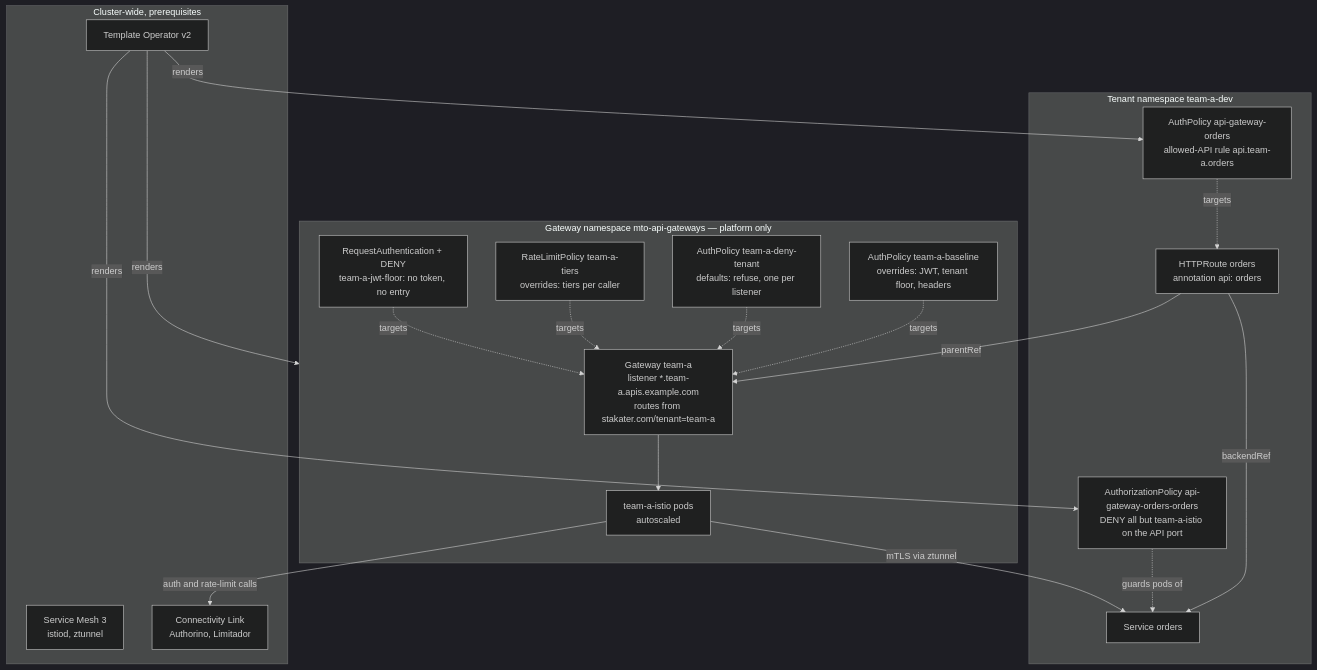
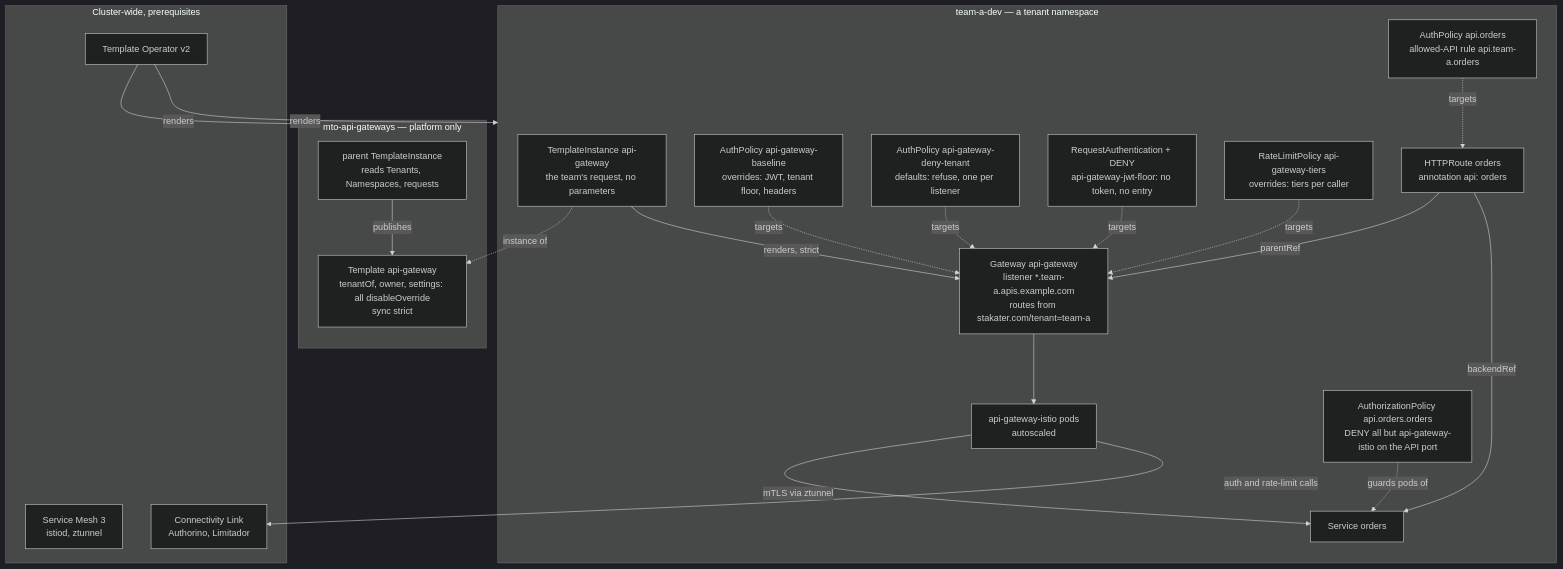
Before and after one commit to stakater/mto-extension-api-gateway: the second of 6 diagrams in docs/diagrams.md, drawn with Mermaid (dark theme). The commit also changed other lines of this file and 46 other files, not shown here.

Commit message:
G.1: a gateway per tenant, on request; parameter list; ADR-0010, ADR-0011

````diff
--- a/docs/diagrams.md
+++ b/docs/diagrams.md
@@ -29,36 +29,41 @@
 ```mermaid
 flowchart TB
-  subgraph platformns[Gateway namespace mto-api-gateways — platform only]
-    gwA[Gateway team-a<br/>listener *.team-a.apis.example.com<br/>routes from stakater.com/tenant=team-a]
-    podsA[team-a-istio pods<br/>autoscaled]
-    baseA[AuthPolicy team-a-baseline<br/>overrides: JWT, tenant floor, headers]
-    denyA[AuthPolicy team-a-deny-tenant<br/>defaults: refuse, one per listener]
-    floorA[RequestAuthentication + DENY<br/>team-a-jwt-floor: no token, no entry]
-    rlA[RateLimitPolicy team-a-tiers<br/>overrides: tiers per caller]
+  subgraph platformns[mto-api-gateways — platform only]
+    parent[parent TemplateInstance<br/>reads Tenants, Namespaces, requests]
+    tpl[Template api-gateway<br/>tenantOf, owner, settings: all disableOverride<br/>sync strict]
+    parent -->|publishes| tpl
+  end
+  subgraph tenantns[team-a-dev — a tenant namespace]
+    req[TemplateInstance api-gateway<br/>the team's request, no parameters]
+    gwA[Gateway api-gateway<br/>listener *.team-a.apis.example.com<br/>routes from stakater.com/tenant=team-a]
+    podsA[api-gateway-istio pods<br/>autoscaled]
+    baseA[AuthPolicy api-gateway-baseline<br/>overrides: JWT, tenant floor, headers]
+    denyA[AuthPolicy api-gateway-deny-tenant<br/>defaults: refuse, one per listener]
+    floorA[RequestAuthentication + DENY<br/>api-gateway-jwt-floor: no token, no entry]
+    rlA[RateLimitPolicy api-gateway-tiers<br/>overrides: tiers per caller]
+    route[HTTPRoute orders<br/>annotation api: orders]
+    apA[AuthPolicy api.orders<br/>allowed-API rule api.team-a.orders]
+    lock[AuthorizationPolicy api.orders.orders<br/>DENY all but api-gateway-istio on the API port]
+    svc[Service orders]
+    req -.->|instance of| tpl
+    req -->|renders, strict| gwA
     gwA --> podsA
     baseA -.->|targets| gwA
     denyA -.->|targets| gwA
     rlA -.->|targets| gwA
     floorA -.->|targets| gwA
-  end
-  subgraph tenantns[Tenant namespace team-a-dev]
-    route[HTTPRoute orders<br/>annotation api: orders]
-    apA[AuthPolicy api-gateway-orders<br/>allowed-API rule api.team-a.orders]
-    lock[AuthorizationPolicy api-gateway-orders-orders<br/>DENY all but team-a-istio on the API port]
-    svc[Service orders]
     route -->|parentRef| gwA
     route -->|backendRef| svc
     apA -.->|targets| route
     lock -.->|guards pods of| svc
   end
   subgraph shared[Cluster-wide, prerequisites]
     mesh[Service Mesh 3<br/>istiod, ztunnel]
     cl[Connectivity Link<br/>Authorino, Limitador]
     top[Template Operator v2]
   end
   top -->|renders| platformns
-  top -->|renders| apA
-  top -->|renders| lock
+  top -->|renders| tenantns
   podsA -->|mTLS via ztunnel| svc
   podsA -->|auth and rate-limit calls| cl
 ```
````
